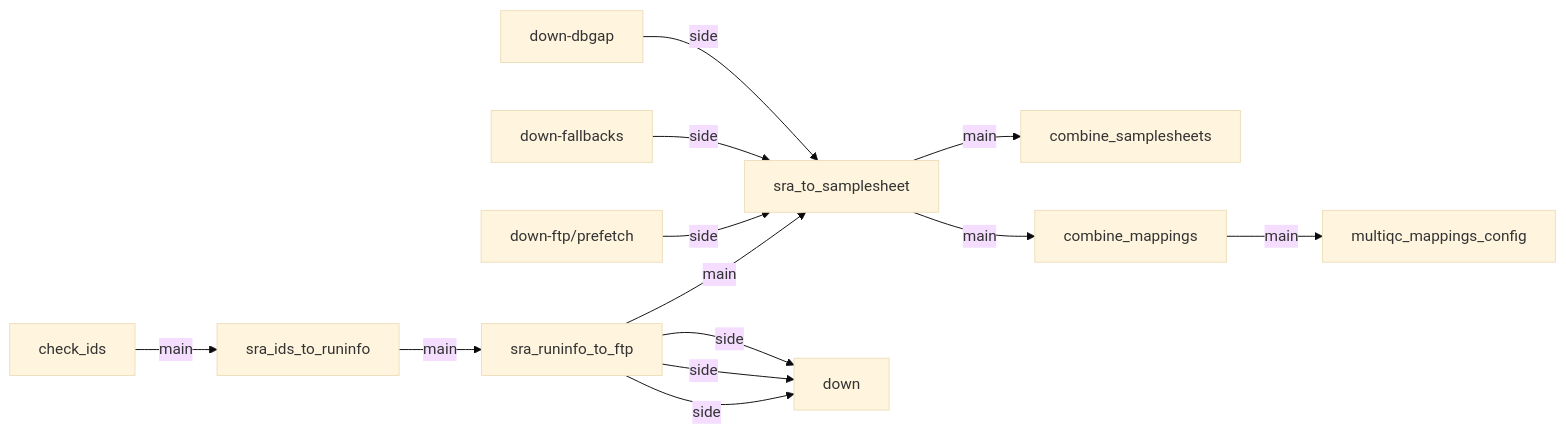
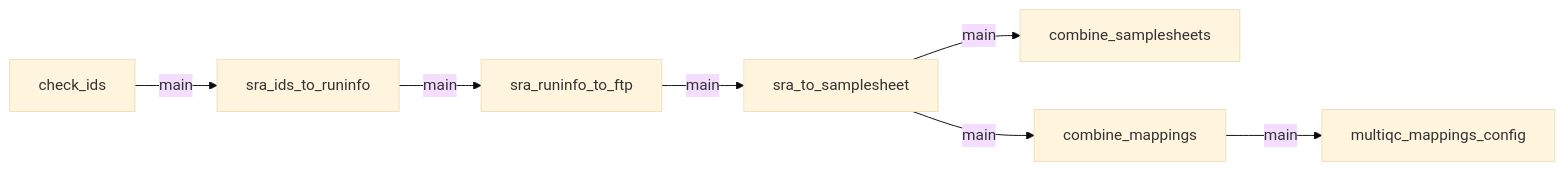
One commit to oxo-flow-community/oxo-flow-community.github.io changed the diagram in scripts/semantic_maps/oxo-flow-fetchngs.mmd. Above: the diagram before and after it, drawn with Mermaid (base theme). The commit also changed 7 other files, not shown here.

```diff
--- a/scripts/semantic_maps/oxo-flow-fetchngs.mmd
+++ b/scripts/semantic_maps/oxo-flow-fetchngs.mmd
@@ -1,19 +1,13 @@
 %%metro line: main | Main pipeline | #79706E
 %%metro line: side | Assist routes | #E8A33D
 %%metro font_scale: 1.9
 %%metro stroke_scale: 1.6
 %%metro legend: br
 
 graph LR
     check_ids -->|main| sra_ids_to_runinfo
     sra_ids_to_runinfo -->|main| sra_runinfo_to_ftp
     sra_runinfo_to_ftp -->|main| sra_to_samplesheet
     sra_to_samplesheet -->|main| combine_samplesheets
     sra_to_samplesheet -->|main| combine_mappings
     combine_mappings -->|main| multiqc_mappings_config
-    sra_runinfo_to_ftp -->|side| down
-    sra_runinfo_to_ftp -->|side| down
-    sra_runinfo_to_ftp -->|side| down
-    down-ftp/prefetch -->|side| sra_to_samplesheet
-    down-fallbacks -->|side| sra_to_samplesheet
-    down-dbgap -->|side| sra_to_samplesheet
```
